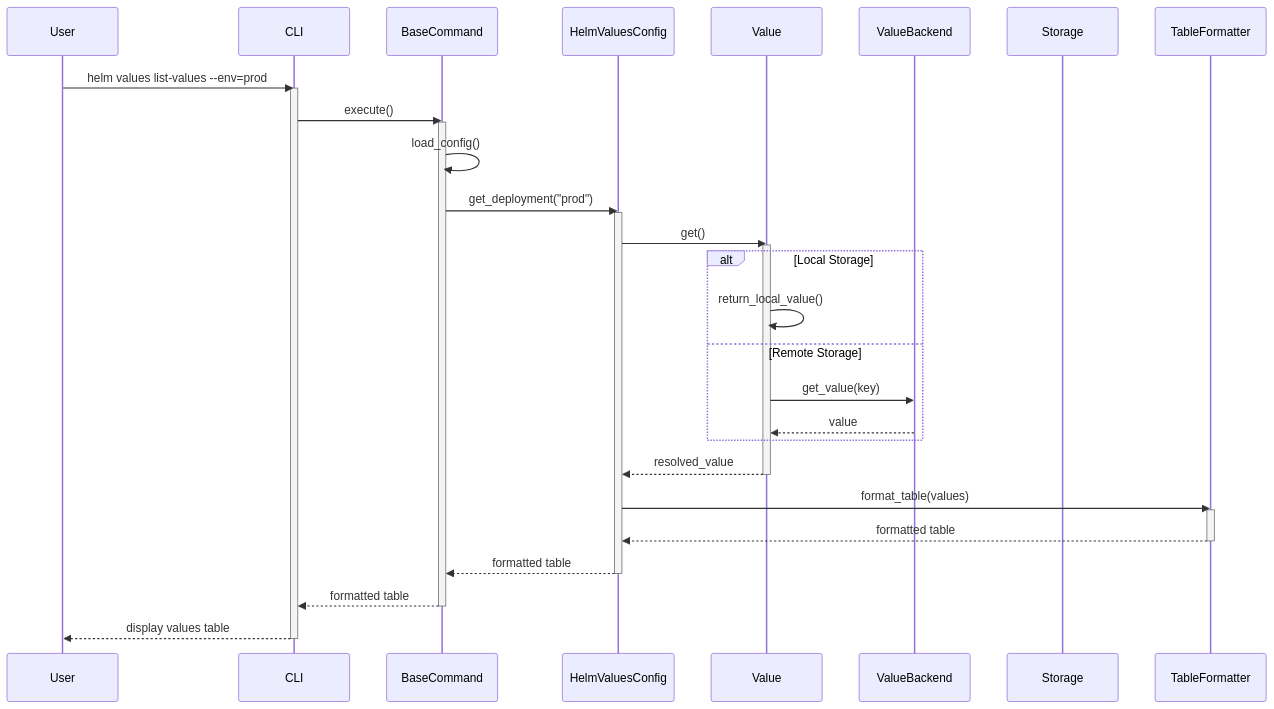
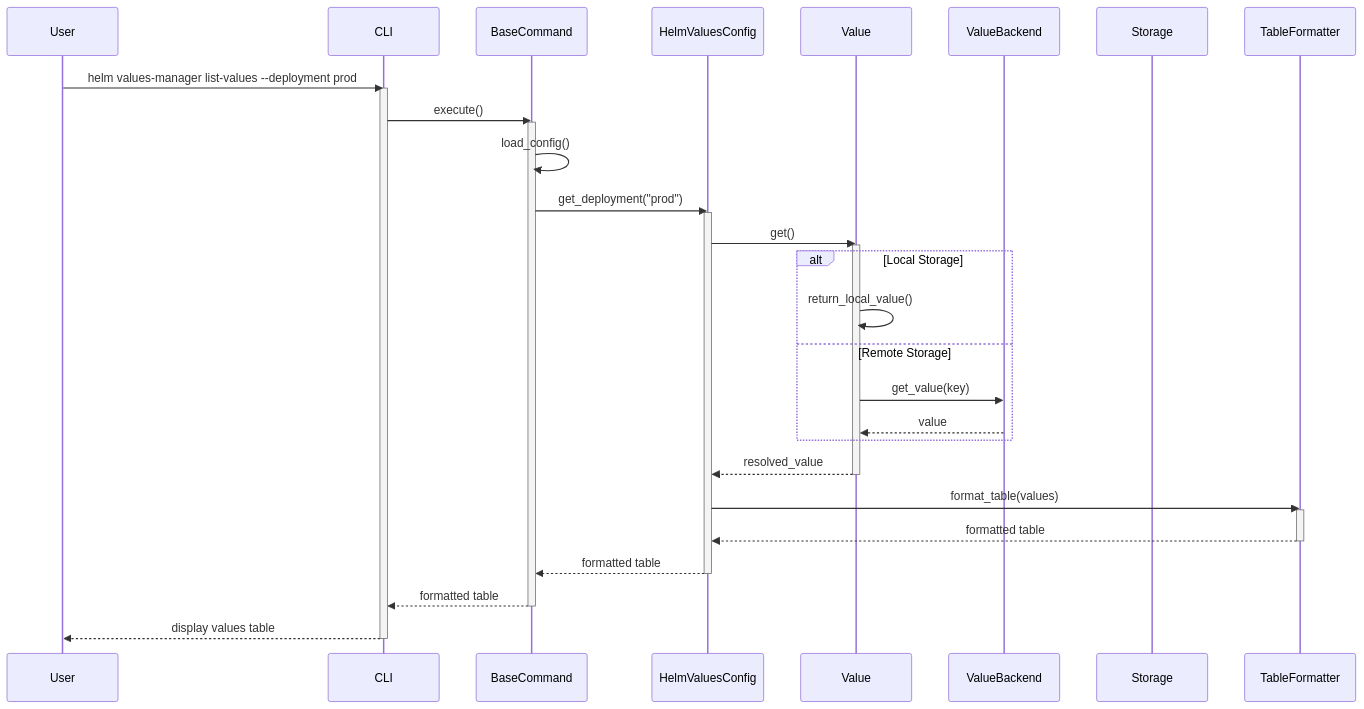
One commit to Zipstack/helm-values-manager changed the tenth of 14 diagrams in docs/Design/sequence-diagrams.md. Above: the diagram before and after it, drawn with Mermaid. The commit also changed other lines of this file, not shown here.

First line of the commit message:
docs: update sequence diagrams with correct command flags

````diff
--- a/docs/Design/sequence-diagrams.md
+++ b/docs/Design/sequence-diagrams.md
@@ -434,48 +434,48 @@
 ```mermaid
 sequenceDiagram
     participant User
     participant CLI
     participant BaseCommand
     participant HelmValuesConfig
     participant Value
     participant ValueBackend
     participant Storage
     participant TableFormatter
 
-    User->>CLI: helm values list-values --env=prod
+    User->>CLI: helm values-manager list-values --deployment prod
     activate CLI
 
     CLI->>BaseCommand: execute()
     activate BaseCommand
 
     BaseCommand->>BaseCommand: load_config()
     BaseCommand->>HelmValuesConfig: get_deployment("prod")
     activate HelmValuesConfig
 
     HelmValuesConfig->>Value: get()
     activate Value
 
     alt Local Storage
         Value->>Value: return_local_value()
     else Remote Storage
         Value->>ValueBackend: get_value(key)
         ValueBackend-->>Value: value
     end
 
     Value-->>HelmValuesConfig: resolved_value
     deactivate Value
 
     HelmValuesConfig->>TableFormatter: format_table(values)
     activate TableFormatter
     TableFormatter-->>HelmValuesConfig: formatted table
     deactivate TableFormatter
 
     HelmValuesConfig-->>BaseCommand: formatted table
     deactivate HelmValuesConfig
 
     BaseCommand-->>CLI: formatted table
     deactivate BaseCommand
 
     CLI-->>User: display values table
     deactivate CLI
 ```
````
